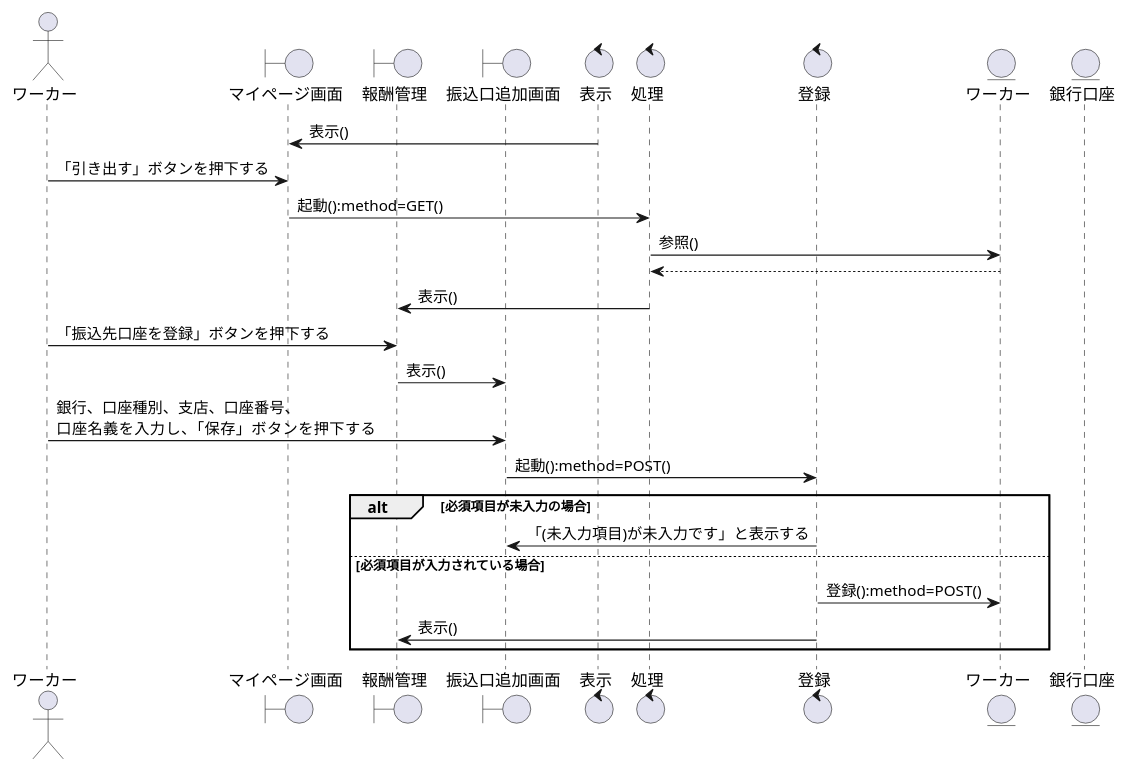
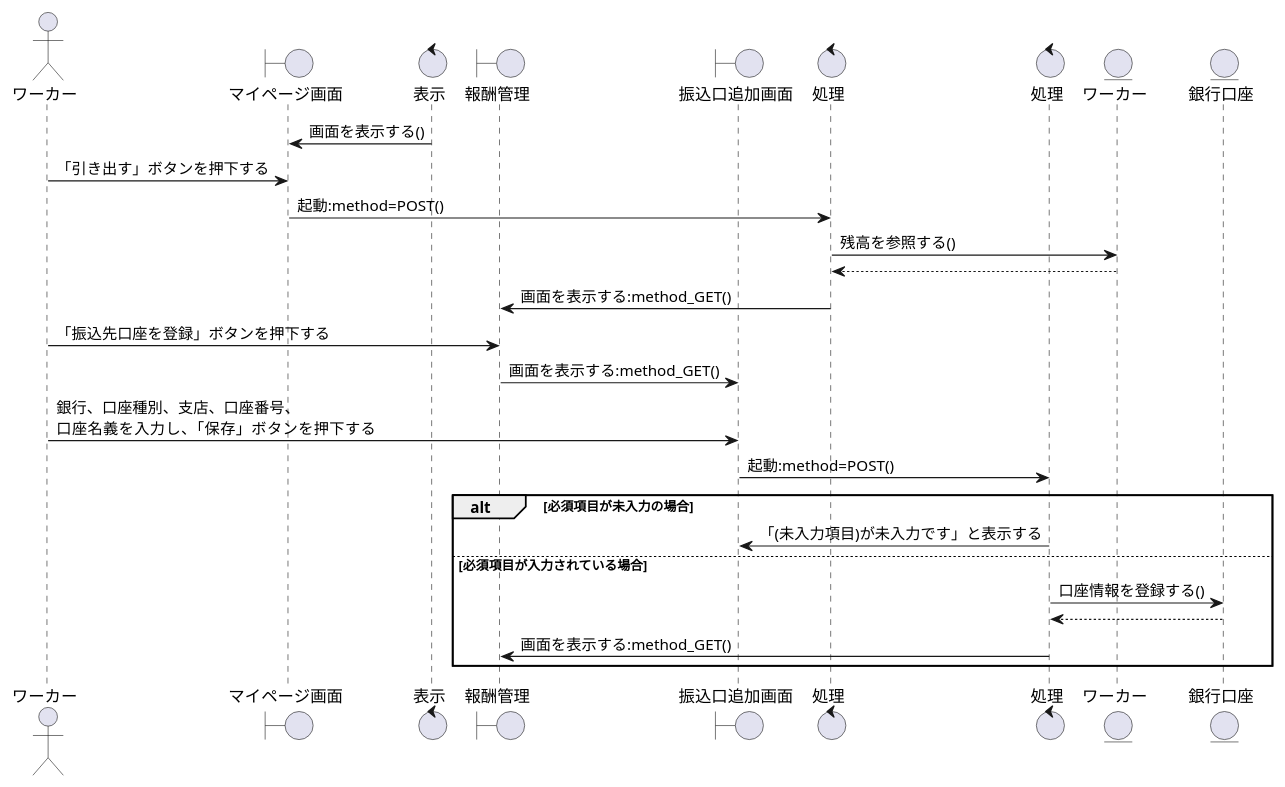
Before and after one commit to irukacb256/high_Me: the diagram in sequence_fig/7_acconts_fn/04_口座の登録をする.pu, drawn with PlantUML. The commit also changed 10 other files, not shown here.

```diff
--- a/sequence_fig/7_acconts_fn/04_口座の登録をする.pu
+++ b/sequence_fig/7_acconts_fn/04_口座の登録をする.pu
@@ -1,38 +1,38 @@
 @startuml 口座の登録をする
 
 actor ワーカー as wo1
 
 boundary マイページ画面 as bo1
-
-boundary 報酬管理 as bo1
+control 表示 as co1
 boundary 報酬管理 as bo2
 boundary 振込口追加画面 as bo3
 
-control 表示 as co1
 control 処理 as co2
-control 登録 as co3
+control 処理 as co3
 
 entity ワーカー as en1
 entity 銀行口座 as en2
 
-co1 -> bo1:表示()
-wo1 -> bo1:「引き出す」ボタンを押下する
-bo1 -> co2:起動():method=GET()
-co2 -> en1:参照()
+co1 -> bo1 : 画面を表示する()
+wo1 -> bo1 :「引き出す」ボタンを押下する
+bo1 -> co2 : 起動:method=POST()
+co2 -> en1 : 残高を参照する()
 en1 --> co2
+co2 -> bo2 : 画面を表示する:method_GET()
 
-co2 -> bo2:表示()
-wo1 -> bo2:「振込先口座を登録」ボタンを押下する
-bo2 -> bo3:表示()
-wo1 -> bo3:銀行、口座種別、支店、口座番号、\n口座名義を入力し、「保存」ボタンを押下する
-bo3 -> co3:起動():method=POST()
+wo1 -> bo2 :「振込先口座を登録」ボタンを押下する
+bo2 -> bo3 : 画面を表示する:method_GET()
+wo1 -> bo3 : 銀行、口座種別、支店、口座番号、\n口座名義を入力し、「保存」ボタンを押下する
+bo3 -> co3 : 起動:method=POST()
+
 alt 必須項目が未入力の場合
     co3 -> bo3:「(未入力項目)が未入力です」と表示する
 
 else 必須項目が入力されている場合
-    co3 -> en1:登録():method=POST()
-    co3 -> bo2:表示()
+    co3 -> en2:口座情報を登録する()
+    co3 <-- en2
+    co3 -> bo2:画面を表示する:method_GET()
 
 end
 
 @enduml
```
